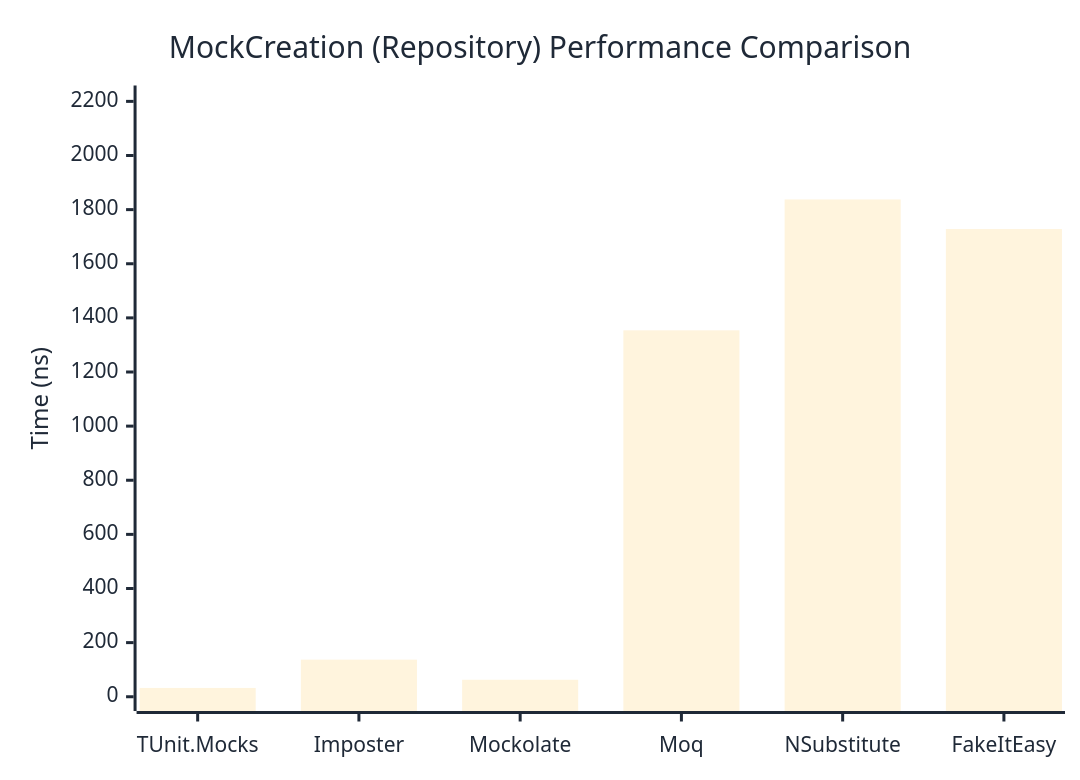
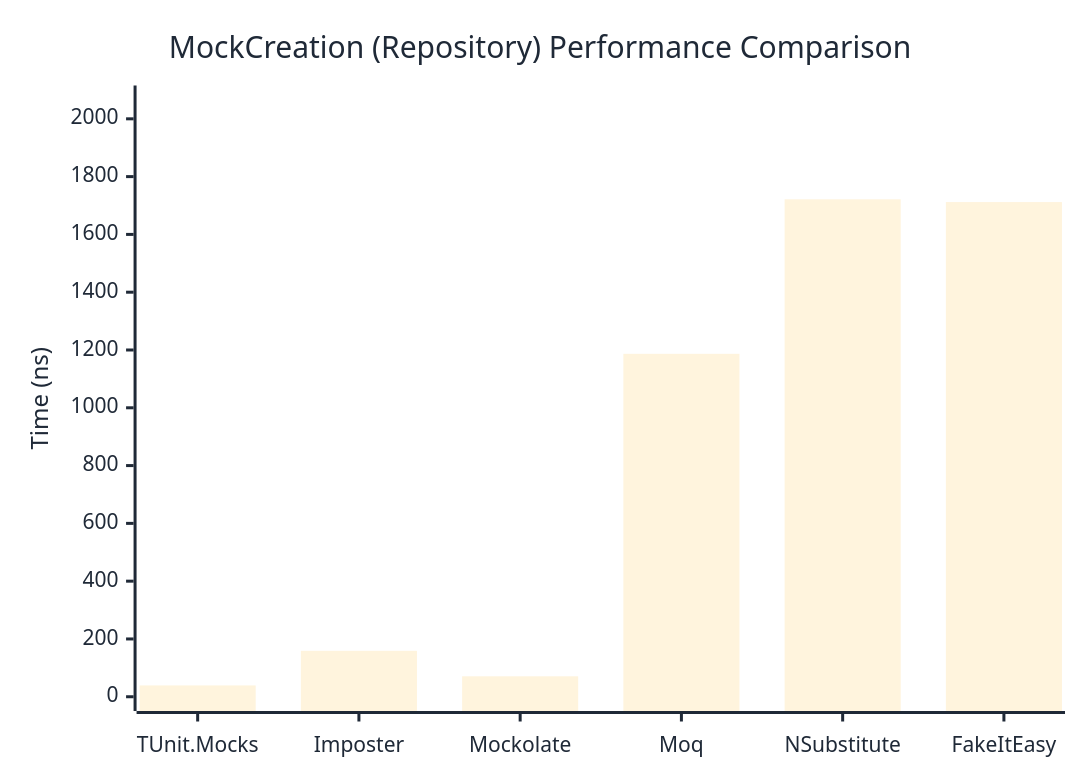
The second of 2 diagrams in docs/docs/benchmarks/mocks/MockCreation.md (thomhurst/TUnit), drawn with Mermaid before and after one commit. The commit also changed other lines of this file and 14 other files, not shown here.

````diff
--- a/docs/docs/benchmarks/mocks/MockCreation.md
+++ b/docs/docs/benchmarks/mocks/MockCreation.md
@@ -69,27 +69,27 @@
 ```mermaid
 %%{init: {
   'theme':'base',
   'themeVariables': {
     'primaryColor': '#2563eb',
     'primaryTextColor': '#1f2937',
     'primaryBorderColor': '#1e40af',
     'lineColor': '#6b7280',
     'secondaryColor': '#7c3aed',
     'tertiaryColor': '#dc2626',
     'background': '#ffffff',
     'pie1': '#2563eb',
     'pie2': '#7c3aed',
     'pie3': '#dc2626',
     'pie4': '#f59e0b',
     'pie5': '#10b981',
     'pie6': '#06b6d4',
     'pie7': '#ec4899',
     'pie8': '#6366f1'
   }
 }}%%
 xychart-beta
   title "MockCreation (Repository) Performance Comparison"
   x-axis ["TUnit.Mocks", "Imposter", "Mockolate", "Moq", "NSubstitute", "FakeItEasy"]
-  y-axis "Time (ns)" 0 --> 2206
-  bar [32.54, 137.09, 62.8, 1354, 1837.63, 1728.22]
+  y-axis "Time (ns)" 0 --> 2066
+  bar [39.18, 158.92, 70.78, 1186.8, 1721.49, 1711.91]
 ```
````
